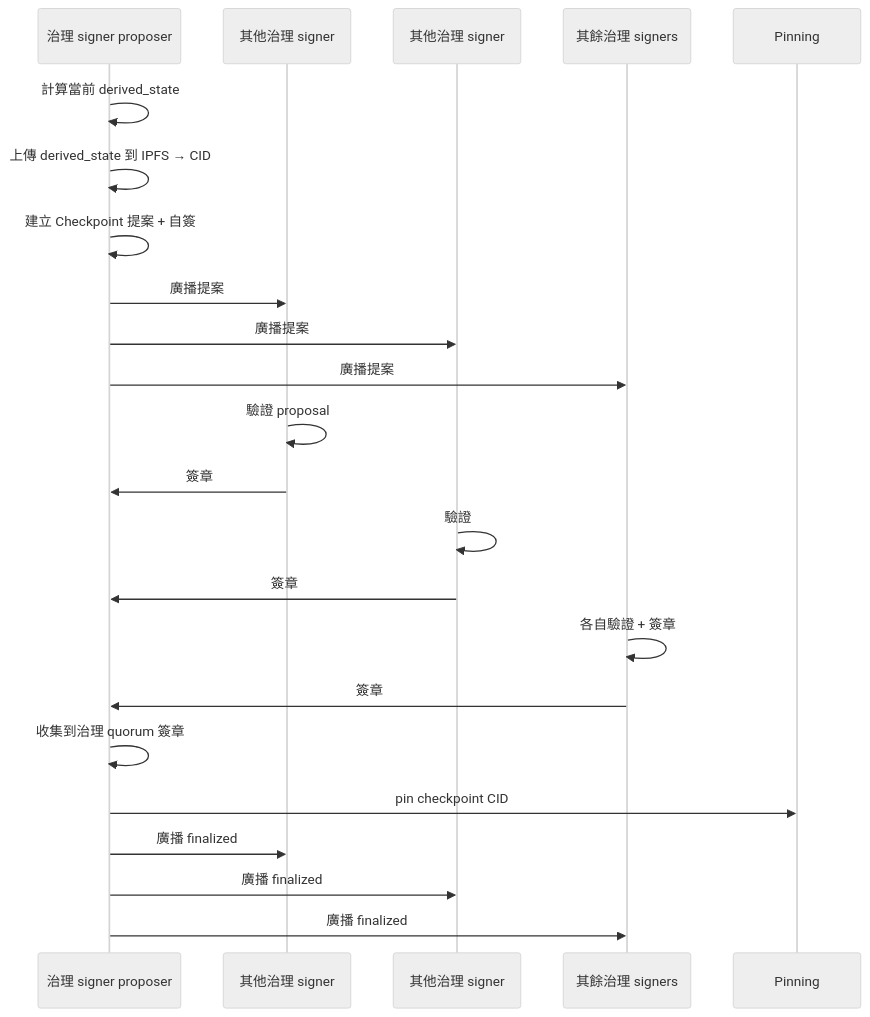
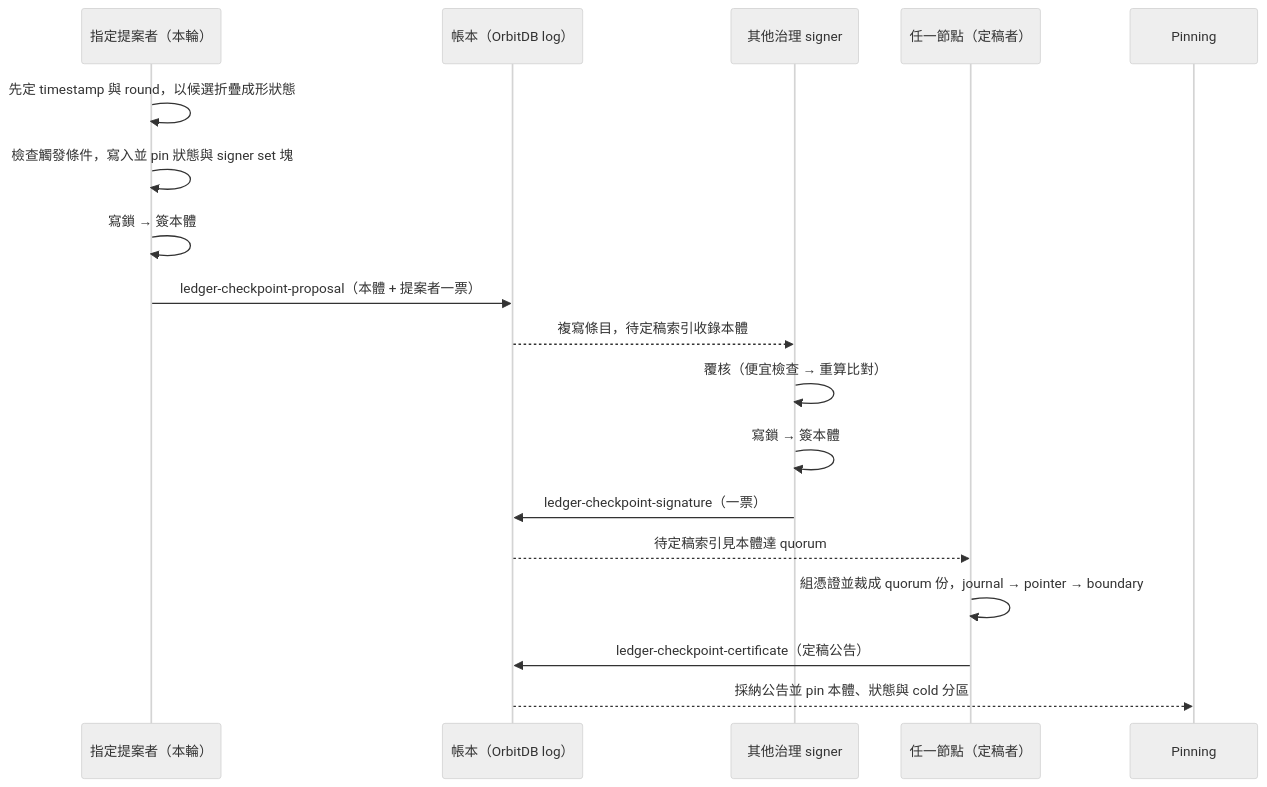
One commit to xjustloveux/open-4wd-specs changed the third of 8 diagrams in 程式架構/程式流程/ledger.md. Above: the diagram before and after it, drawn with Mermaid (neutral theme). The commit also changed other lines of this file and 29 other files, not shown here.

````diff
--- a/程式架構/程式流程/ledger.md
+++ b/程式架構/程式流程/ledger.md
@@ -70,29 +70,21 @@
 ```mermaid
 sequenceDiagram
-    participant A as 治理 signer proposer
+    participant A as 指定提案者（本輪）
+    participant L as 帳本（OrbitDB log）
     participant B as 其他治理 signer
-    participant C as 其他治理 signer
-    participant Ds as 其餘治理 signers
+    participant F as 任一節點（定稿者）
     participant P as Pinning
 
-    A->>A: 計算當前 derived_state
-    A->>A: 上傳 derived_state 到 IPFS → CID
-    A->>A: 建立 Checkpoint 提案 + 自簽
-    A->>B: 廣播提案
-    A->>C: 廣播提案
-    A->>Ds: 廣播提案
-
-    B->>B: 驗證 proposal
-    B->>A: 簽章
-    C->>C: 驗證
-    C->>A: 簽章
-    Ds->>Ds: 各自驗證 + 簽章
-    Ds->>A: 簽章
-
-    A->>A: 收集到治理 quorum 簽章
-
-    A->>P: pin checkpoint CID
-    A->>B: 廣播 finalized
-    A->>C: 廣播 finalized
-    A->>Ds: 廣播 finalized
+    A->>A: 先定 timestamp 與 round，以候選折疊成形狀態
+    A->>A: 檢查觸發條件，寫入並 pin 狀態與 signer set 塊
+    A->>A: 寫鎖 → 簽本體
+    A->>L: ledger-checkpoint-proposal（本體 + 提案者一票）
+    L-->>B: 複寫條目，待定稿索引收錄本體
+    B->>B: 覆核（便宜檢查 → 重算比對）
+    B->>B: 寫鎖 → 簽本體
+    B->>L: ledger-checkpoint-signature（一票）
+    L-->>F: 待定稿索引見本體達 quorum
+    F->>F: 組憑證並裁成 quorum 份，journal → pointer → boundary
+    F->>L: ledger-checkpoint-certificate（定稿公告）
+    L-->>P: 採納公告並 pin 本體、狀態與 cold 分區
 ```
````
